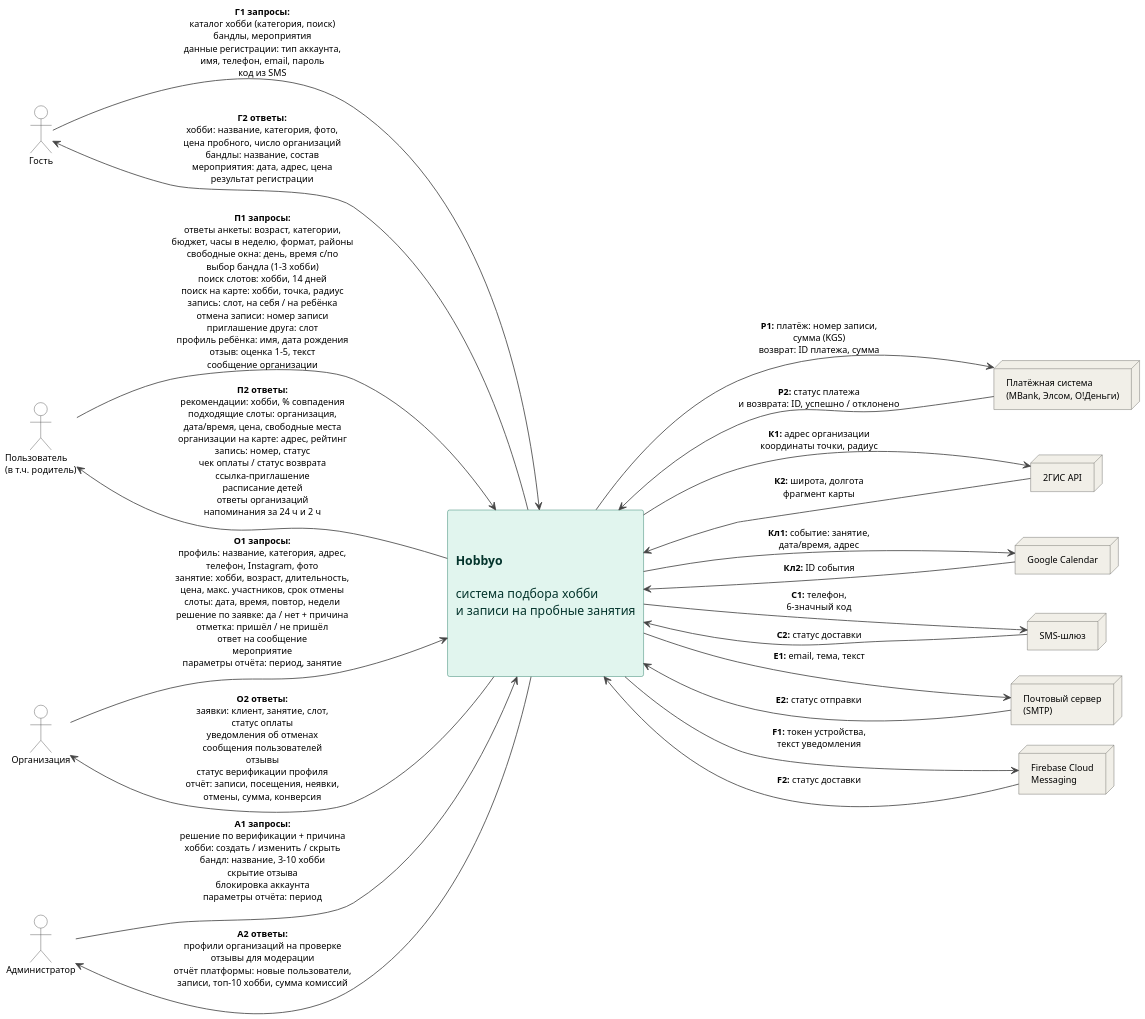
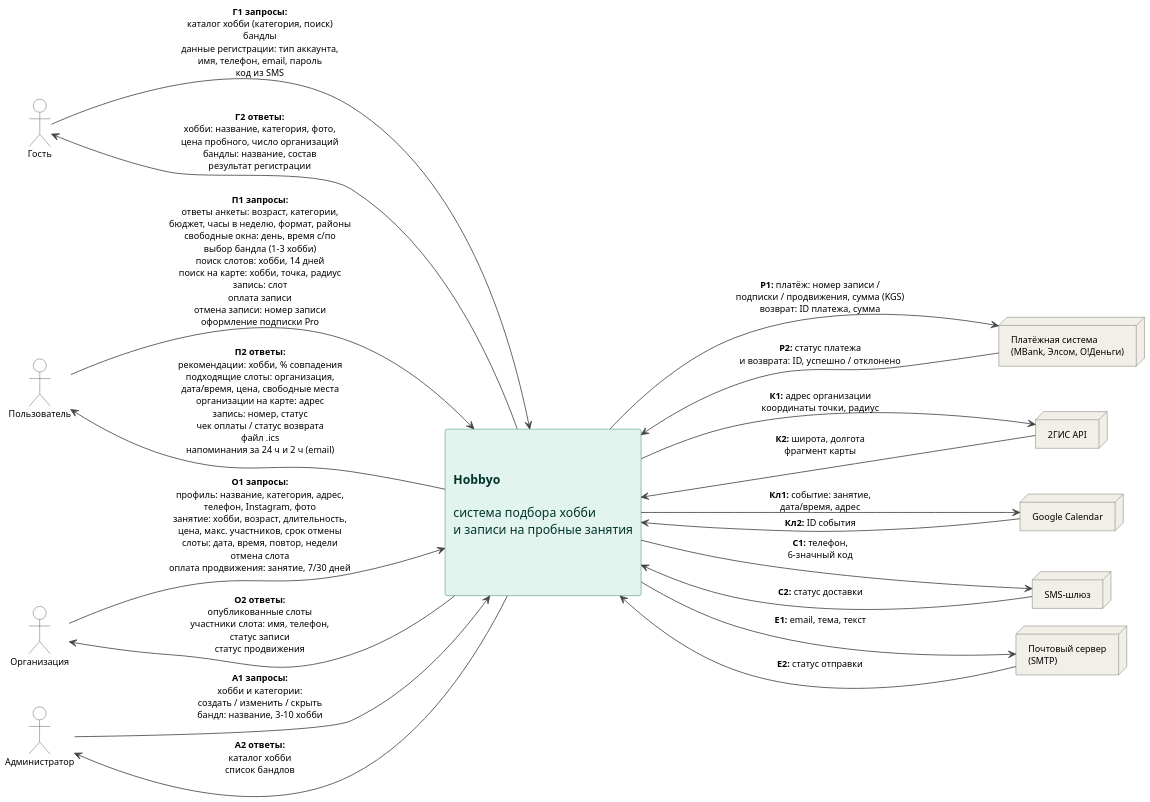
The diagram in diagrams/context.puml (omniscince/hobbyo), drawn with PlantUML before and after one commit. The commit also changed 11 other files, not shown here.

```diff
--- a/diagrams/context.puml
+++ b/diagrams/context.puml
@@ -1,68 +1,65 @@
 @startuml context
 skinparam defaultFontName Arial
 skinparam defaultFontSize 11
 skinparam shadowing false
 skinparam dpi 160
 skinparam ArrowColor #444444
 skinparam nodesep 18
 skinparam ranksep 230
 skinparam rectangle {
   BackgroundColor #E1F5EE
   BorderColor #0F6E56
   FontColor #04342C
   FontSize 15
 }
 skinparam actor {
   BackgroundColor #FFFFFF
   BorderColor #444444
 }
 skinparam node {
   BackgroundColor #F1EFE8
   BorderColor #5F5E5A
 }
 left to right direction
 
 actor "Гость" as G
-actor "Пользователь\n(в т.ч. родитель)" as U
+actor "Пользователь" as U
 actor "Организация" as O
 actor "Администратор" as A
 
 rectangle "\n\n**Hobbyo**\n\nсистема подбора хобби\nи записи на пробные занятия\n\n\n" as S
 
 node "Платёжная система\n(MBank, Элсом, O!Деньги)" as PAY
 node "2ГИС API" as MAP
 node "Google Calendar" as CAL
 node "SMS-шлюз" as SMS
 node "Почтовый сервер\n(SMTP)" as MAIL
-node "Firebase Cloud\nMessaging" as FCM
 
-G --> S : <b>Г1 запросы:</b>\nкаталог хобби (категория, поиск)\nбандлы, мероприятия\nданные регистрации: тип аккаунта,\nимя, телефон, email, пароль\nкод из SMS
-G <-- S : <b>Г2 ответы:</b>\nхобби: название, категория, фото,\nцена пробного, число организаций\nбандлы: название, состав\nмероприятия: дата, адрес, цена\nрезультат регистрации
+G --> S : <b>Г1 запросы:</b>\nкаталог хобби (категория, поиск)\nбандлы\nданные регистрации: тип аккаунта,\nимя, телефон, email, пароль\nкод из SMS
+G <-- S : <b>Г2 ответы:</b>\nхобби: название, категория, фото,\nцена пробного, число организаций\nбандлы: название, состав\nрезультат регистрации
 
-U --> S : <b>П1 запросы:</b>\nответы анкеты: возраст, категории,\nбюджет, часы в неделю, формат, районы\nсвободные окна: день, время с/по\nвыбор бандла (1–3 хобби)\nпоиск слотов: хобби, 14 дней\nпоиск на карте: хобби, точка, радиус\nзапись: слот, на себя / на ребёнка\nотмена записи: номер записи\nприглашение друга: слот\nпрофиль ребёнка: имя, дата рождения\nотзыв: оценка 1–5, текст\nсообщение организации
-U <-- S : <b>П2 ответы:</b>\nрекомендации: хобби, % совпадения\nподходящие слоты: организация,\nдата/время, цена, свободные места\nорганизации на карте: адрес, рейтинг\nзапись: номер, статус\nчек оплаты / статус возврата\nссылка-приглашение\nрасписание детей\nответы организаций\nнапоминания за 24 ч и 2 ч
+U --> S : <b>П1 запросы:</b>\nответы анкеты: возраст, категории,\nбюджет, часы в неделю, формат, районы\nсвободные окна: день, время с/по\nвыбор бандла (1–3 хобби)\nпоиск слотов: хобби, 14 дней\nпоиск на карте: хобби, точка, радиус\nзапись: слот\nоплата записи\nотмена записи: номер записи\nоформление подписки Pro
+U <-- S : <b>П2 ответы:</b>\nрекомендации: хобби, % совпадения\nподходящие слоты: организация,\nдата/время, цена, свободные места\nорганизации на карте: адрес\nзапись: номер, статус\nчек оплаты / статус возврата\nфайл .ics\nнапоминания за 24 ч и 2 ч (email)
 
-O --> S : <b>О1 запросы:</b>\nпрофиль: название, категория, адрес,\nтелефон, Instagram, фото\nзанятие: хобби, возраст, длительность,\nцена, макс. участников, срок отмены\nслоты: дата, время, повтор, недели\nрешение по заявке: да / нет + причина\nотметка: пришёл / не пришёл\nответ на сообщение\nмероприятие\nпараметры отчёта: период, занятие
-O <-- S : <b>О2 ответы:</b>\nзаявки: клиент, занятие, слот,\nстатус оплаты\nуведомления об отменах\nсообщения пользователей\nотзывы\nстатус верификации профиля\nотчёт: записи, посещения, неявки,\nотмены, сумма, конверсия
+O --> S : <b>О1 запросы:</b>\nпрофиль: название, категория, адрес,\nтелефон, Instagram, фото\nзанятие: хобби, возраст, длительность,\nцена, макс. участников, срок отмены\nслоты: дата, время, повтор, недели\nотмена слота\nоплата продвижения: занятие, 7/30 дней
+O <-- S : <b>О2 ответы:</b>\nопубликованные слоты\nучастники слота: имя, телефон,\nстатус записи\nстатус продвижения
 
-A --> S : <b>А1 запросы:</b>\nрешение по верификации + причина\nхобби: создать / изменить / скрыть\nбандл: название, 3–10 хобби\nскрытие отзыва\nблокировка аккаунта\nпараметры отчёта: период
-A <-- S : <b>А2 ответы:</b>\nпрофили организаций на проверке\nотзывы для модерации\nотчёт платформы: новые пользователи,\nзаписи, топ-10 хобби, сумма комиссий
+A --> S : <b>А1 запросы:</b>\nхобби и категории:\nсоздать / изменить / скрыть\nбандл: название, 3–10 хобби
+A <-- S : <b>А2 ответы:</b>\nкаталог хобби\nсписок бандлов
 
-S --> PAY : <b>Р1:</b> платёж: номер записи,\nсумма (KGS)\nвозврат: ID платежа, сумма
+S --> PAY : <b>Р1:</b> платёж: номер записи /\nподписки / продвижения, сумма (KGS)\nвозврат: ID платежа, сумма
 S <-- PAY : <b>Р2:</b> статус платежа\nи возврата: ID, успешно / отклонено
 
 S --> MAP : <b>К1:</b> адрес организации\nкоординаты точки, радиус
 S <-- MAP : <b>К2:</b> широта, долгота\nфрагмент карты
 
 S --> CAL : <b>Кл1:</b> событие: занятие,\nдата/время, адрес
 S <-- CAL : <b>Кл2:</b> ID события
 
 S --> SMS : <b>С1:</b> телефон,\n6-значный код
 S <-- SMS : <b>С2:</b> статус доставки
 
 S --> MAIL : <b>E1:</b> email, тема, текст
 S <-- MAIL : <b>E2:</b> статус отправки
 
-S --> FCM : <b>F1:</b> токен устройства,\nтекст уведомления
-S <-- FCM : <b>F2:</b> статус доставки
 @enduml
```
